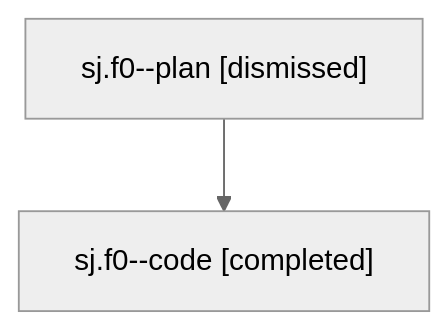
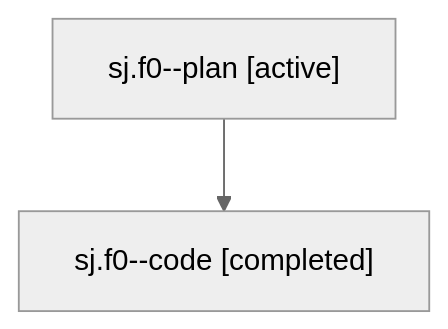
One commit to bobs-org/bob-cli--agents changed the diagram in families/bbugyi200.athena.sj.f0.md. Above: the diagram before and after it, drawn with Mermaid (neutral theme). The commit also changed other lines of this file and 133 other files, not shown here.

````diff
--- a/families/bbugyi200.athena.sj.f0.md
+++ b/families/bbugyi200.athena.sj.f0.md
@@ -9,6 +9,6 @@
 ```mermaid
 flowchart TD
-  n0["sj.f0--plan [dismissed]"]
+  n0["sj.f0--plan [active]"]
   n1["sj.f0--code [completed]"]
   n0 --> n1
 ```
````
